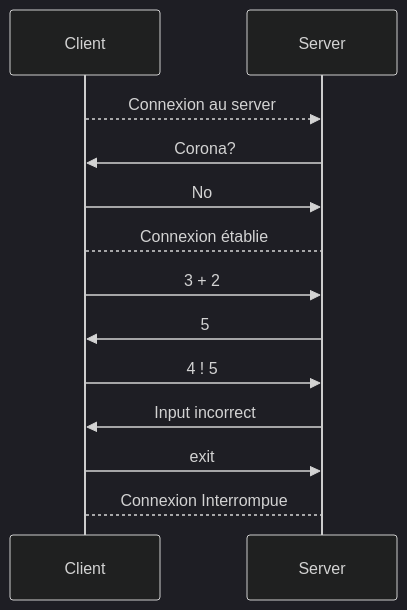
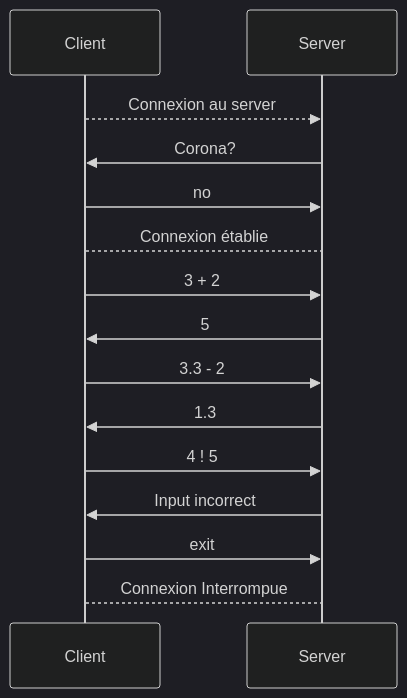
One commit to SoftEng-HEIGVD/Teaching-HEIGVD-RES-2020-Exercise-Protocol-Design changed the diagram in specs/kurisukun/PROTOCOL.md. Above: the diagram before and after it, drawn with Mermaid (dark theme). The commit also changed 2 other files, not shown here.

Commit message:
Server-side finished

````diff
--- a/specs/kurisukun/PROTOCOL.md
+++ b/specs/kurisukun/PROTOCOL.md
@@ -44,14 +44,16 @@
 ```mermaid
 sequenceDiagram
 	
 	Client -->> Server: Connexion au server 
 	Server ->> Client: Corona?
-	Client ->> Server: No
+	Client ->> Server: no
 	Client --> Server: Connexion établie
 	Client ->> Server: 3 + 2
 	Server ->> Client: 5
+	Client ->> Server: 3.3 - 2
+	Server ->> Client: 1.3
 	Client ->> Server: 4 ! 5
 	Server ->> Client: Input incorrect
 	Client ->> Server: exit
 	Client --> Server: Connexion Interrompue
 ```
````
